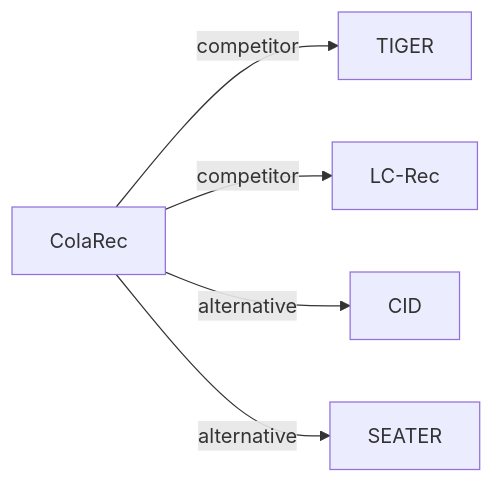
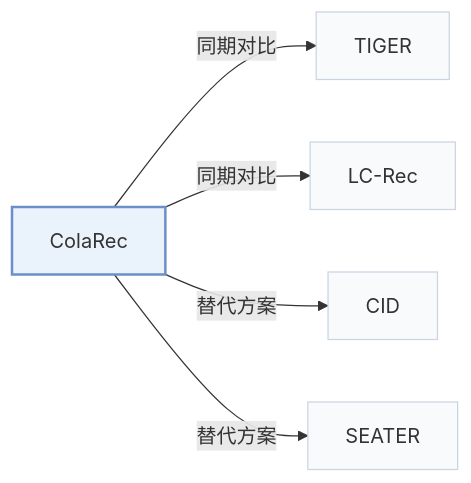
One commit to Galaxy-ghost/Awesome-SID-Generative-Rec changed the third of 3 diagrams in pages/zh/papers/colarec.md. Above: the diagram before and after it, drawn with Mermaid. The commit also changed other lines of this file and 649 other files, not shown here.

Commit message:
writer-05: also tags and modality index (schema, check, build, visuals); summary field removed; calibration data for 12 papers

````diff
--- a/pages/zh/papers/colarec.md
+++ b/pages/zh/papers/colarec.md
@@ -132,8 +146,12 @@
 ```mermaid
 flowchart LR
     P["ColaRec"]
-    P -->|competitor| A["TIGER"]
-    P -->|competitor| B["LC-Rec"]
-    P -->|alternative| C["CID"]
-    P -->|alternative| D["SEATER"]
+    P -->|"同期对比"| A["TIGER"]
+    P -->|"同期对比"| B["LC-Rec"]
+    P -->|"替代方案"| C["CID"]
+    P -->|"替代方案"| D["SEATER"]
+    classDef main fill:#eaf2fb,stroke:#6b8fc7,stroke-width:2px
+    classDef peer fill:#f8fafc,stroke:#cbd5e1
+    class P main
+    class A,B,C,D peer
 ```
````
